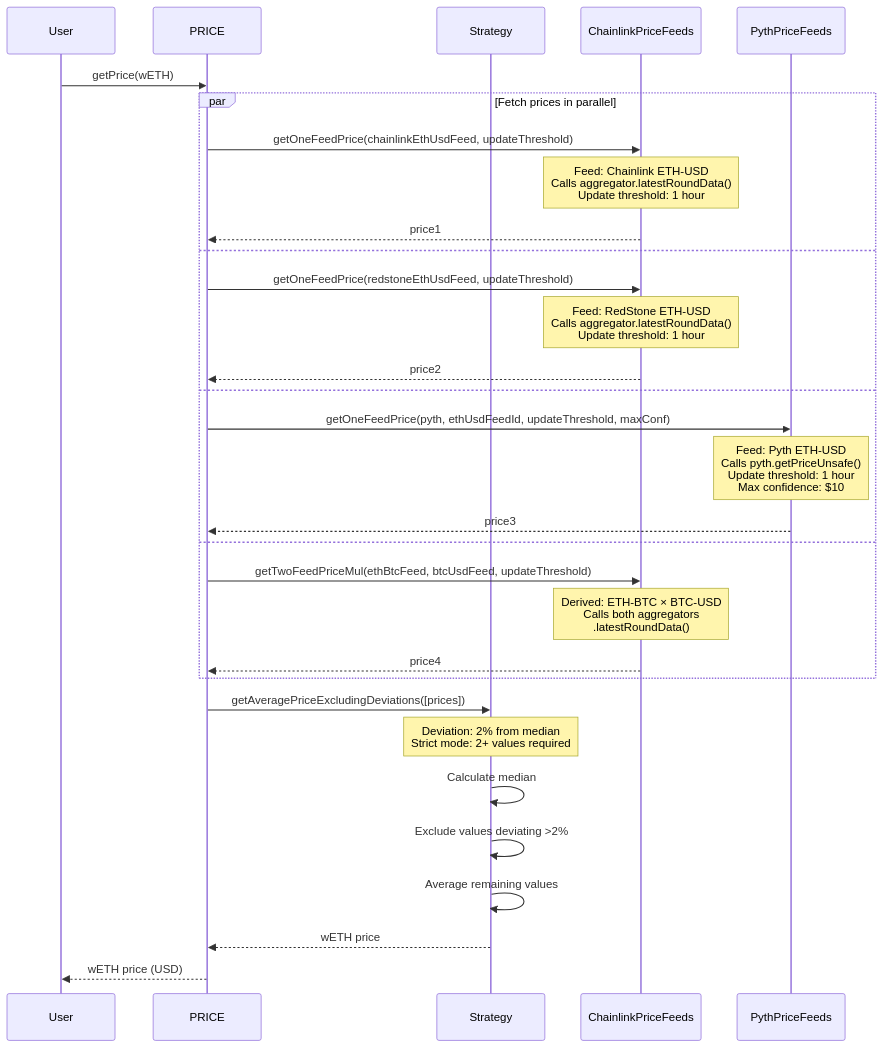
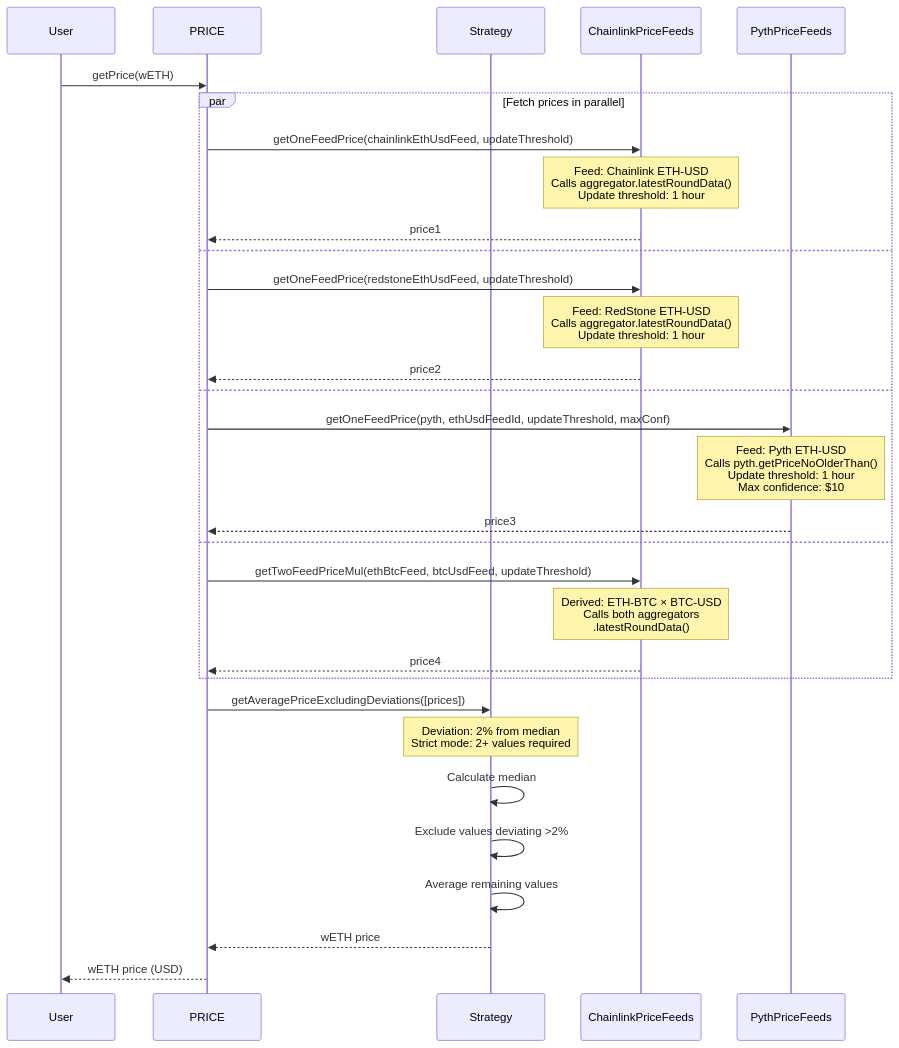
One commit to OlympusDAO/olympus-v3 changed the second of 7 diagrams in audit/2026-03_price-feed-improvements/README.md. Above: the diagram before and after it, drawn with Mermaid. The commit also changed other lines of this file and 3 other files, not shown here.

````diff
--- a/audit/2026-03_price-feed-improvements/README.md
+++ b/audit/2026-03_price-feed-improvements/README.md
@@ -170,36 +175,36 @@
 ```mermaid
 sequenceDiagram
   participant User
   participant PRICE
   participant Strategy
   participant CL as ChainlinkPriceFeeds
   participant Pyth as PythPriceFeeds
 
   User->>PRICE: getPrice(wETH)
 
   par Fetch prices in parallel
     PRICE->>CL: getOneFeedPrice(chainlinkEthUsdFeed, updateThreshold)
     Note over CL: Feed: Chainlink ETH-USD<br/>Calls aggregator.latestRoundData()<br/>Update threshold: 1 hour
     CL-->>PRICE: price1
   and
     PRICE->>CL: getOneFeedPrice(redstoneEthUsdFeed, updateThreshold)
     Note over CL: Feed: RedStone ETH-USD<br/>Calls aggregator.latestRoundData()<br/>Update threshold: 1 hour
     CL-->>PRICE: price2
   and
     PRICE->>Pyth: getOneFeedPrice(pyth, ethUsdFeedId, updateThreshold, maxConf)
-    Note over Pyth: Feed: Pyth ETH-USD<br/>Calls pyth.getPriceUnsafe()<br/>Update threshold: 1 hour<br/>Max confidence: $10
+    Note over Pyth: Feed: Pyth ETH-USD<br/>Calls pyth.getPriceNoOlderThan()<br/>Update threshold: 1 hour<br/>Max confidence: $10
     Pyth-->>PRICE: price3
   and
     PRICE->>CL: getTwoFeedPriceMul(ethBtcFeed, btcUsdFeed, updateThreshold)
     Note over CL: Derived: ETH-BTC × BTC-USD<br/>Calls both aggregators<br/>.latestRoundData()
     CL-->>PRICE: price4
   end
 
   PRICE->>Strategy: getAveragePriceExcludingDeviations([prices])
   Note over Strategy: Deviation: 2% from median<br/>Strict mode: 2+ values required
   Strategy->>Strategy: Calculate median
   Strategy->>Strategy: Exclude values deviating >2%
   Strategy->>Strategy: Average remaining values
   Strategy-->>PRICE: wETH price
   PRICE-->>User: wETH price (USD)
 ```
````
